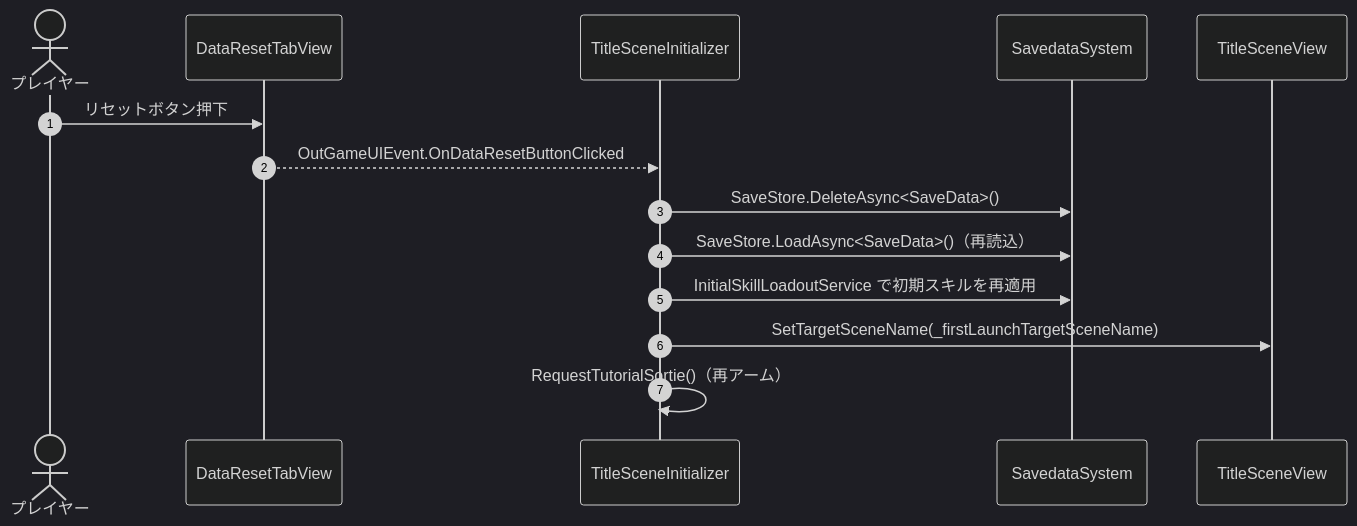
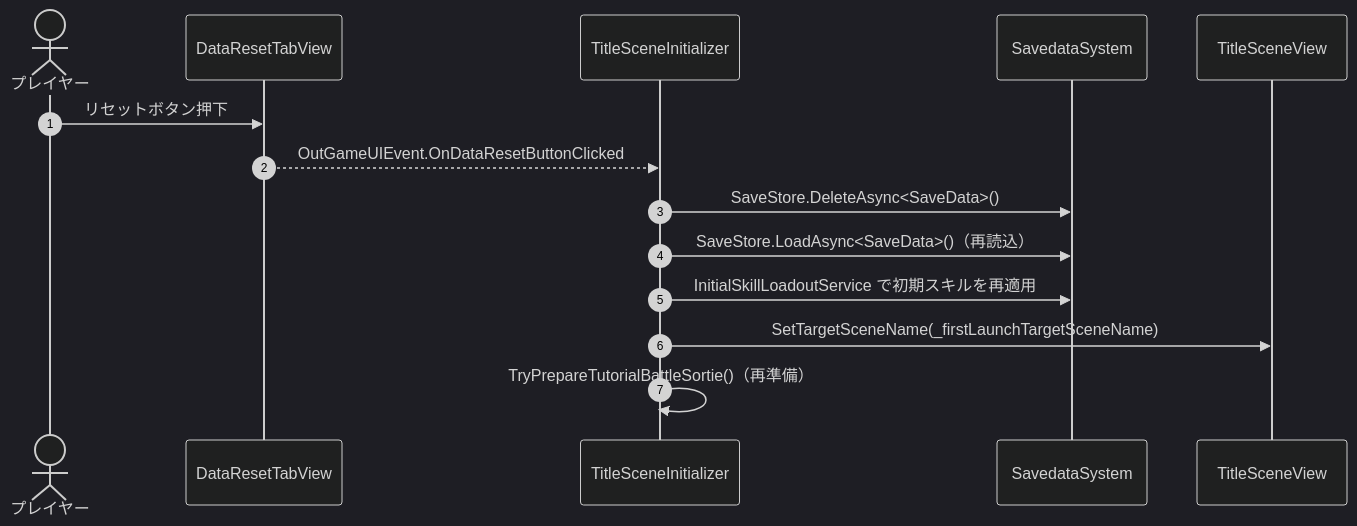
The third of 3 diagrams in Assets/Docs/ScriptsDocs/Modules/NotionModuleDocs/Title.md (HIBIKI5201/SymphonyKillChord), drawn with Mermaid (dark theme) before and after one commit. The commit also changed other lines of this file and 1 other file, not shown here.

````diff
--- a/Assets/Docs/ScriptsDocs/Modules/NotionModuleDocs/Title.md
+++ b/Assets/Docs/ScriptsDocs/Modules/NotionModuleDocs/Title.md
@@ -159,17 +159,17 @@
 ```mermaid
 sequenceDiagram
     autonumber
     actor Player as プレイヤー
     participant ResetTab as DataResetTabView
     participant Init as TitleSceneInitializer
     participant Save as SavedataSystem
     participant View as TitleSceneView
 
     Player ->> ResetTab: リセットボタン押下
     ResetTab -->> Init: OutGameUIEvent.OnDataResetButtonClicked
     Init ->> Save: SaveStore.DeleteAsync<SaveData>()
     Init ->> Save: SaveStore.LoadAsync<SaveData>()（再読込）
     Init ->> Save: InitialSkillLoadoutService で初期スキルを再適用
     Init ->> View: SetTargetSceneName(_firstLaunchTargetSceneName)
-    Init ->> Init: RequestTutorialSortie()（再アーム）
+    Init ->> Init: TryPrepareTutorialBattleSortie()（再準備）
 ```
````
